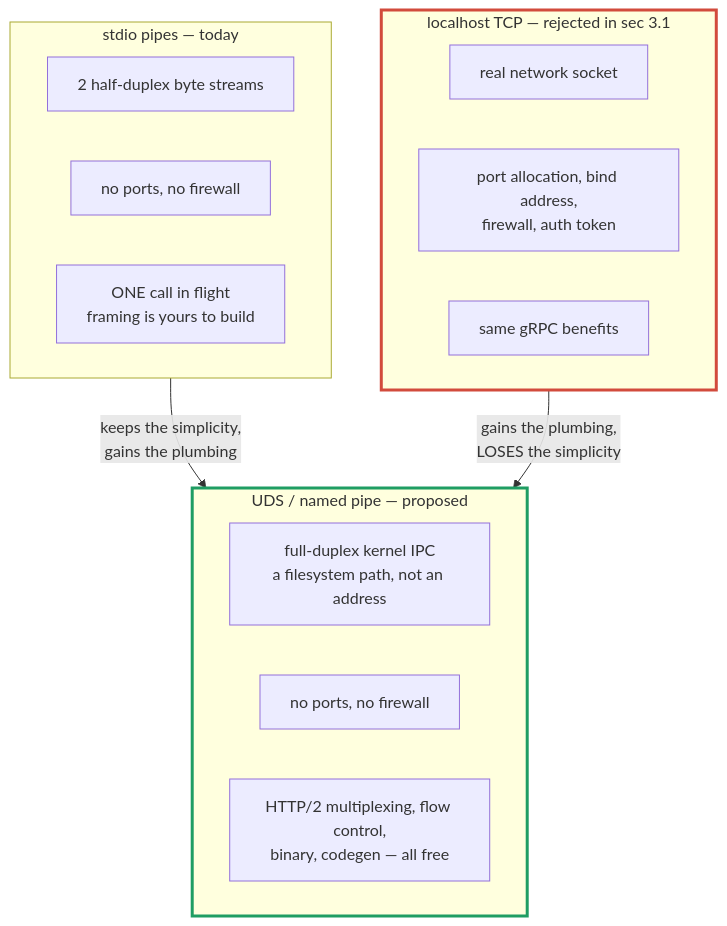
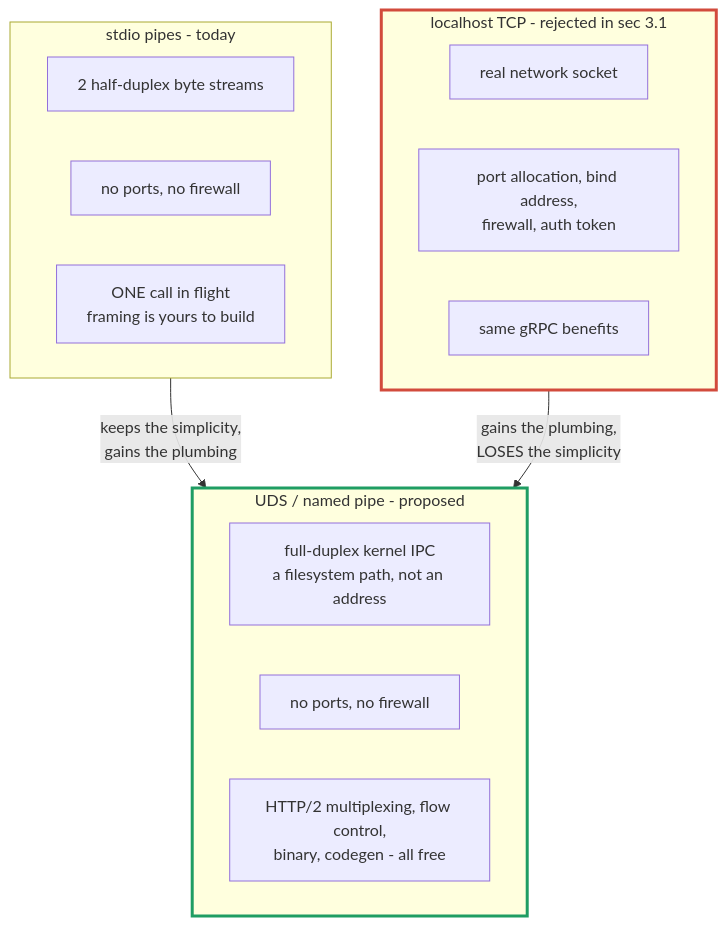
One commit to simplify9/Bitween-api changed diagram 32 of 34 in docs/design/resident-adapters-design.md. Above: the diagram before and after it, drawn with Mermaid. The commit also changed other lines of this file and 768 other files, not shown here.

````diff
--- a/docs/design/resident-adapters-design.md
+++ b/docs/design/resident-adapters-design.md
@@ -1686,22 +1686,22 @@
 ```mermaid
 flowchart TB
-    subgraph A["stdio pipes — today"]
+    subgraph A["stdio pipes - today"]
         A1["2 half-duplex byte streams"]
         A2["no ports, no firewall"]
         A3["ONE call in flight<br/>framing is yours to build"]
     end
-    subgraph B["UDS / named pipe — proposed"]
+    subgraph B["UDS / named pipe - proposed"]
         B1["full-duplex kernel IPC<br/>a filesystem path, not an address"]
         B2["no ports, no firewall"]
-        B3["HTTP/2 multiplexing, flow control,<br/>binary, codegen — all free"]
+        B3["HTTP/2 multiplexing, flow control,<br/>binary, codegen - all free"]
     end
-    subgraph C["localhost TCP — rejected in sec 3.1"]
+    subgraph C["localhost TCP - rejected in sec 3.1"]
         C1["real network socket"]
         C2["port allocation, bind address,<br/>firewall, auth token"]
         C3["same gRPC benefits"]
     end
     A -->|"keeps the simplicity,<br/>gains the plumbing"| B
     C -->|"gains the plumbing,<br/>LOSES the simplicity"| B
     style B stroke:#1f9d63,stroke-width:3px
     style C stroke:#d24b3c,stroke-width:3px
 ```
````
